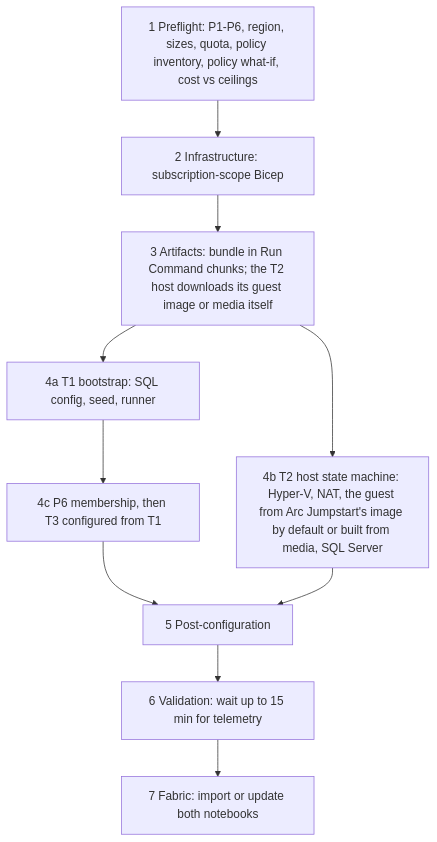
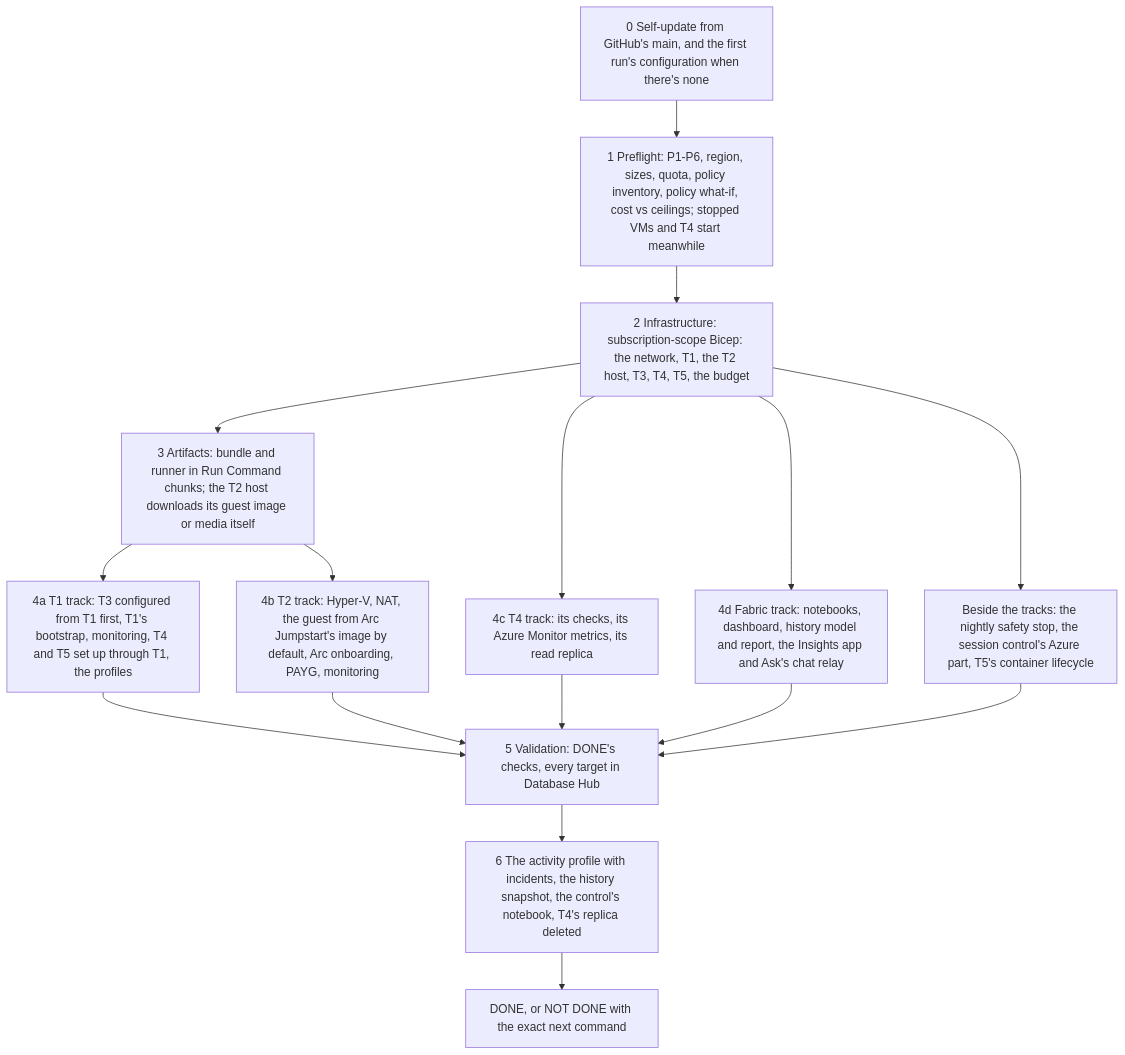
Before and after one commit to MarcBushong/fabric-database-hub-demo: the third of 5 diagrams in docs/architecture.md, drawn with Mermaid. The commit also changed other lines of this file and 3 other files, not shown here.

First line of the commit message:
docs: correctness pass for architecture, the automation matrix, references, and README follow-ups

````diff
--- a/docs/architecture.md
+++ b/docs/architecture.md
@@ -198,12 +237,18 @@
 ```mermaid
 flowchart TD
-  S1["1 Preflight: P1-P6, region, sizes, quota, policy inventory, policy what-if, cost vs ceilings"] --> S2["2 Infrastructure: subscription-scope Bicep"]
-  S2 --> S3["3 Artifacts: bundle in Run Command chunks; the T2 host downloads its guest image or media itself"]
-  S3 --> S4A["4a T1 bootstrap: SQL config, seed, runner"]
-  S3 --> S4B["4b T2 host state machine: Hyper-V, NAT, the guest from Arc Jumpstart's image by default or built from media, SQL Server"]
-  S4A --> S4C["4c P6 membership, then T3 configured from T1"]
-  S4C --> S5["5 Post-configuration"]
+  S0["0 Self-update from GitHub's main, and the first run's configuration when there's none"] --> S1["1 Preflight: P1-P6, region, sizes, quota, policy inventory, policy what-if, cost vs ceilings; stopped VMs and T4 start meanwhile"]
+  S1 --> S2["2 Infrastructure: subscription-scope Bicep: the network, T1, the T2 host, T3, T4, T5, the budget"]
+  S2 --> SC["Beside the tracks: the nightly safety stop, the session control's Azure part, T5's container lifecycle"]
+  S2 --> S3["3 Artifacts: bundle and runner in Run Command chunks; the T2 host downloads its guest image or media itself"]
+  S3 --> S4A["4a T1 track: T3 configured from T1 first, T1's bootstrap, monitoring, T4 and T5 set up through T1, the profiles"]
+  S3 --> S4B["4b T2 track: Hyper-V, NAT, the guest from Arc Jumpstart's image by default, Arc onboarding, PAYG, monitoring"]
+  S2 --> S4C["4c T4 track: its checks, its Azure Monitor metrics, its read replica"]
+  S2 --> S4D["4d Fabric track: notebooks, dashboard, history model and report, the Insights app and Ask's chat relay"]
+  S4A --> S5["5 Validation: DONE's checks, every target in Database Hub"]
   S4B --> S5
-  S5 --> S6["6 Validation: wait up to 15 min for telemetry"]
-  S6 --> S7["7 Fabric: import or update both notebooks"]
+  S4C --> S5
+  S4D --> S5
+  SC --> S5
+  S5 --> S6["6 The activity profile with incidents, the history snapshot, the control's notebook, T4's replica deleted"]
+  S6 --> S7["DONE, or NOT DONE with the exact next command"]
 ```
````
